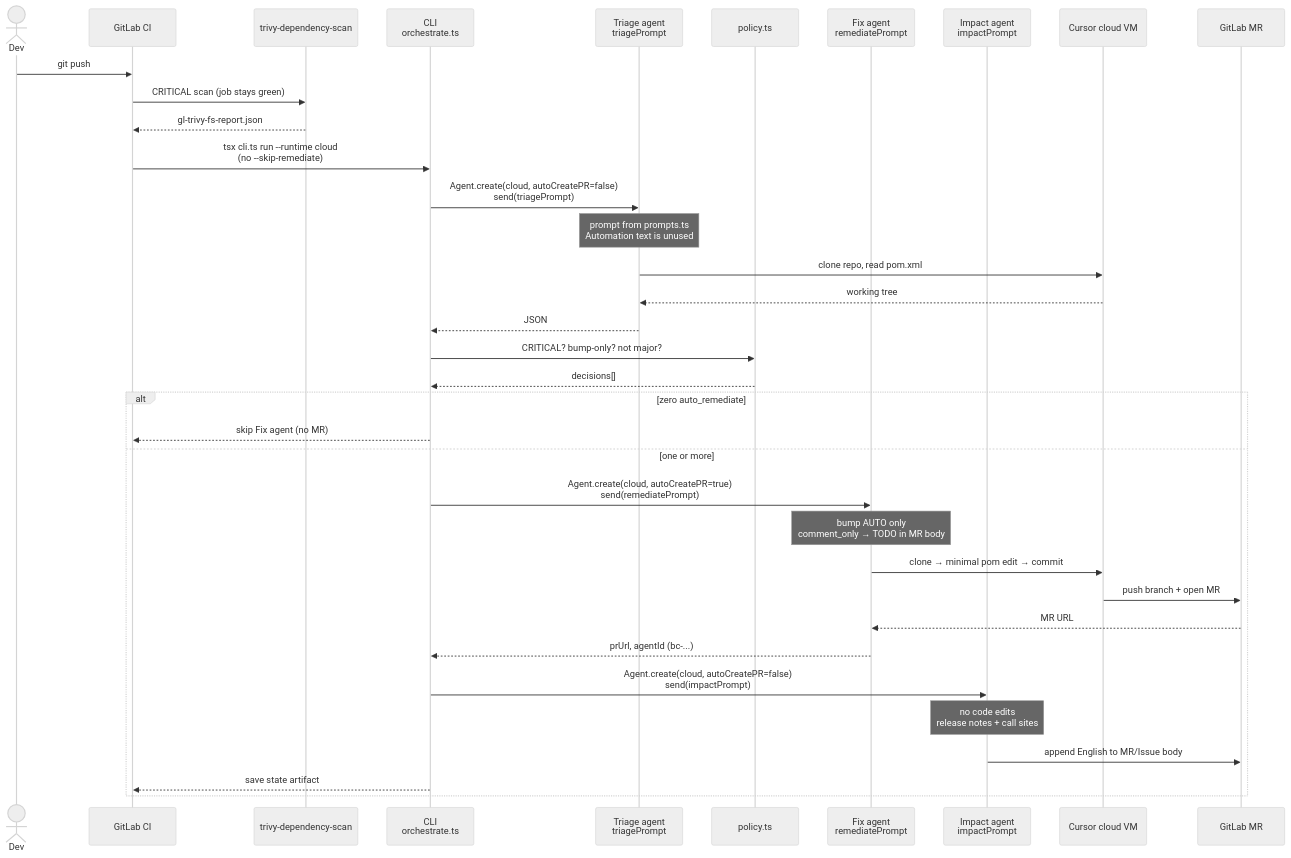
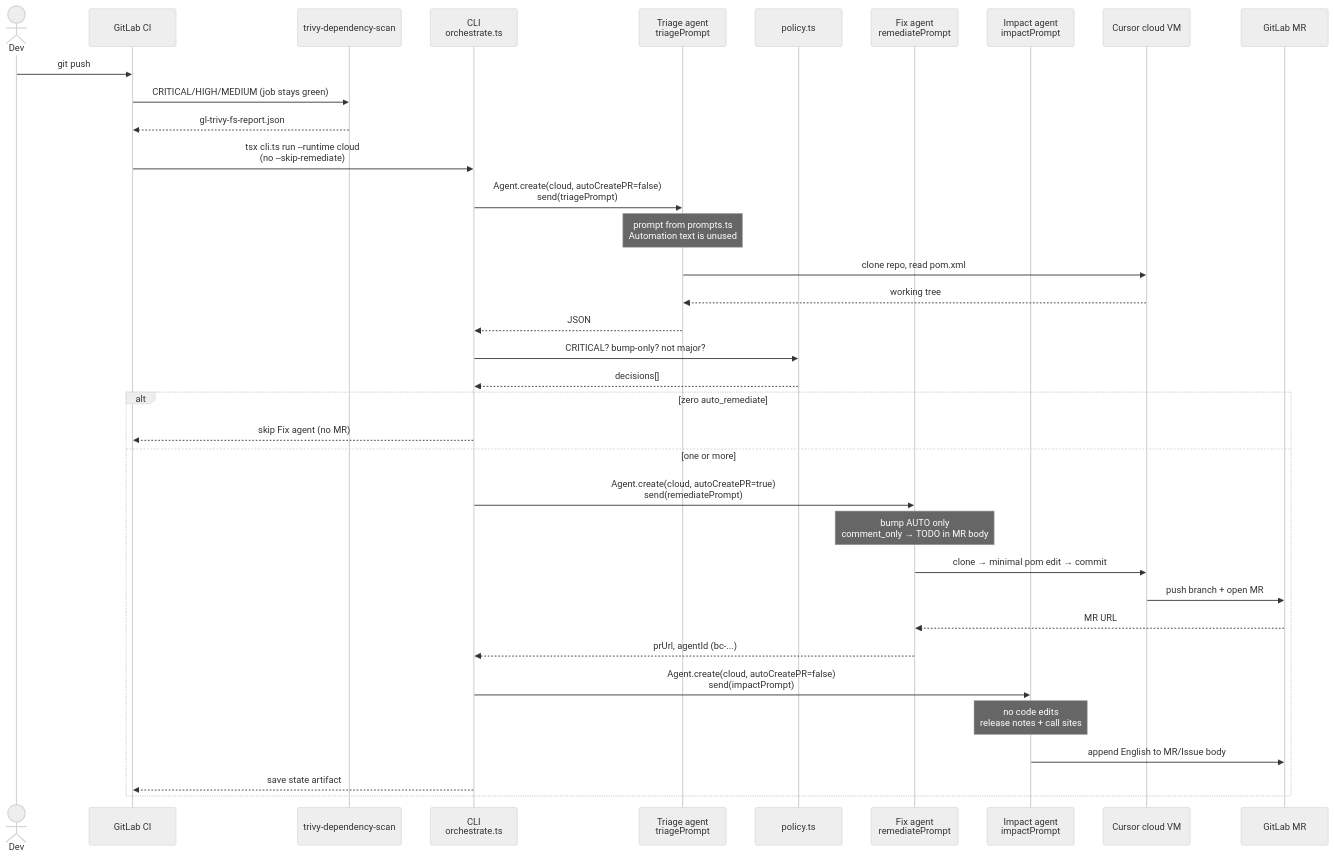
The second of 5 diagrams in cursor-sdk/SEQUENCE.md (Acme-finance-demo/spring-petclinic-cursor), drawn with Mermaid (neutral theme) before and after one commit. The commit also changed other lines of this file and 8 other files, not shown here.

First line of the commit message:
Scan HIGH and MEDIUM too, but still auto-fix only CRITICAL.

````diff
--- a/cursor-sdk/SEQUENCE.md
+++ b/cursor-sdk/SEQUENCE.md
@@ -73,43 +73,43 @@
 ```mermaid
 sequenceDiagram
     actor Dev
     participant GL as GitLab CI
     participant Scan as trivy-dependency-scan
     participant CLI as CLI<br/>orchestrate.ts
     participant Triage as Triage agent<br/>triagePrompt
     participant Policy as policy.ts
     participant Fix as Fix agent<br/>remediatePrompt
     participant Impact as Impact agent<br/>impactPrompt
     participant Cursor as Cursor cloud VM
     participant GitLab as GitLab MR
 
     Dev->>GL: git push
-    GL->>Scan: CRITICAL scan (job stays green)
+    GL->>Scan: CRITICAL/HIGH/MEDIUM (job stays green)
     Scan-->>GL: gl-trivy-fs-report.json
 
     GL->>CLI: tsx cli.ts run --runtime cloud<br/>(no --skip-remediate)
 
     CLI->>Triage: Agent.create(cloud, autoCreatePR=false)<br/>send(triagePrompt)
     Note over Triage: prompt from prompts.ts<br/>Automation text is unused
     Triage->>Cursor: clone repo, read pom.xml
     Cursor-->>Triage: working tree
     Triage-->>CLI: JSON
 
     CLI->>Policy: CRITICAL? bump-only? not major?
     Policy-->>CLI: decisions[]
 
     alt zero auto_remediate
         CLI-->>GL: skip Fix agent (no MR)
     else one or more
         CLI->>Fix: Agent.create(cloud, autoCreatePR=true)<br/>send(remediatePrompt)
         Note over Fix: bump AUTO only<br/>comment_only → TODO in MR body
         Fix->>Cursor: clone → minimal pom edit → commit
         Cursor->>GitLab: push branch + open MR
         GitLab-->>Fix: MR URL
         Fix-->>CLI: prUrl, agentId (bc-...)
         CLI->>Impact: Agent.create(cloud, autoCreatePR=false)<br/>send(impactPrompt)
         Note over Impact: no code edits<br/>release notes + call sites
         Impact->>GitLab: append English to MR/Issue body
         CLI-->>GL: save state artifact
     end
 ```
````
